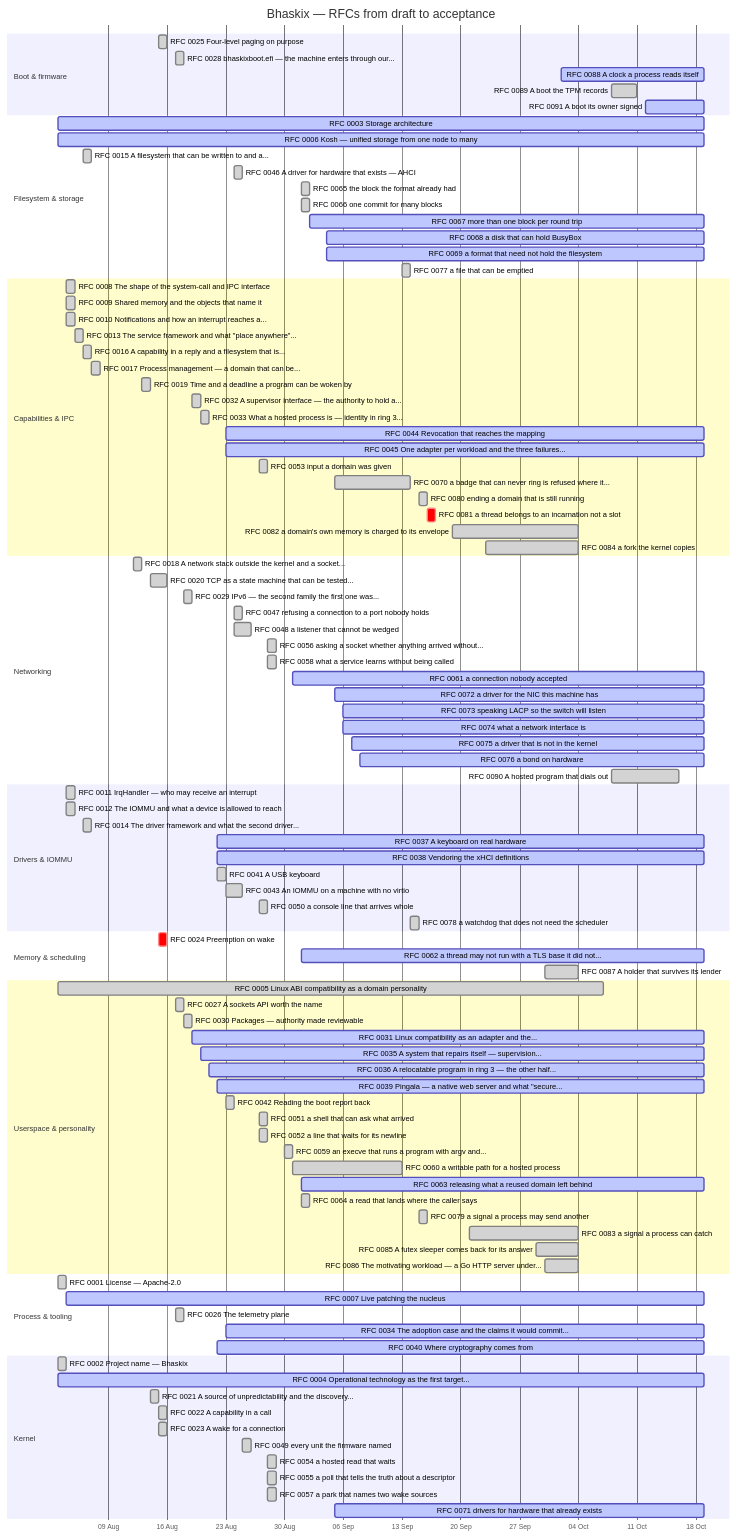
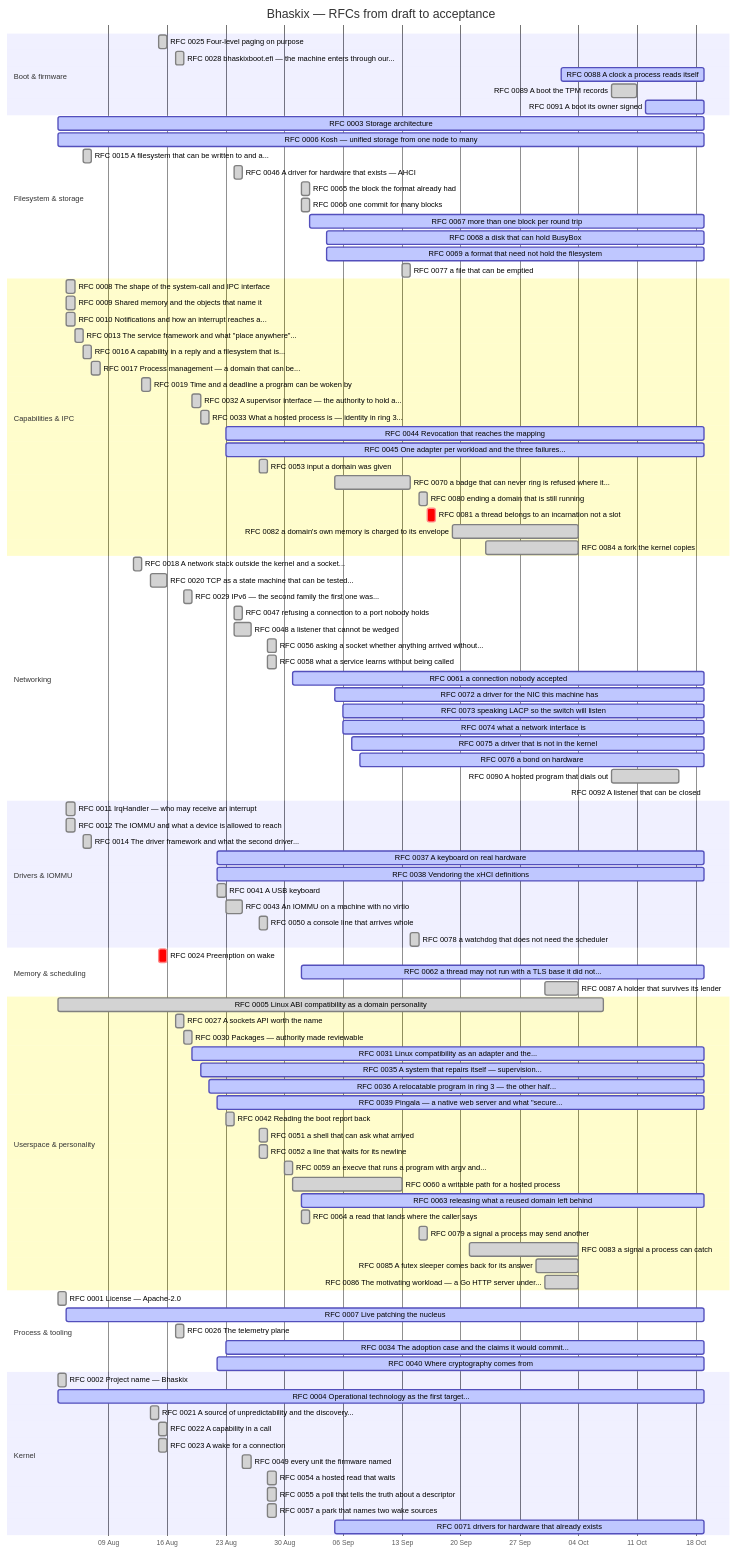
Before and after one commit to bhaskix/bhaskix: the diagram in docs/progress.md, drawn with Mermaid. The commit also changed other lines of this file and 2 other files, not shown here.

First line of the commit message:
docs: RFC 0092 drafted -- a listener that can be closed

```diff
--- a/docs/progress.md
+++ b/docs/progress.md
@@ -77,6 +77,7 @@
     RFC 0075 a driver that is not in the kernel :active, r0075, 2026-09-07, 2026-10-19
     RFC 0076 a bond on hardware :active, r0076, 2026-09-08, 2026-10-19
     RFC 0090 A hosted program that dials out :done, r0090, 2026-10-08, 2026-10-16
+    RFC 0092 A listener that can be closed :active, r0092, 2026-10-19, 2026-10-19
     section Drivers & IOMMU
     RFC 0011 IrqHandler — who may receive an interrupt :done, r0011, 2026-08-04, 1d
     RFC 0012 The IOMMU and what a device is allowed to reach :done, r0012, 2026-08-04, 1d
```
